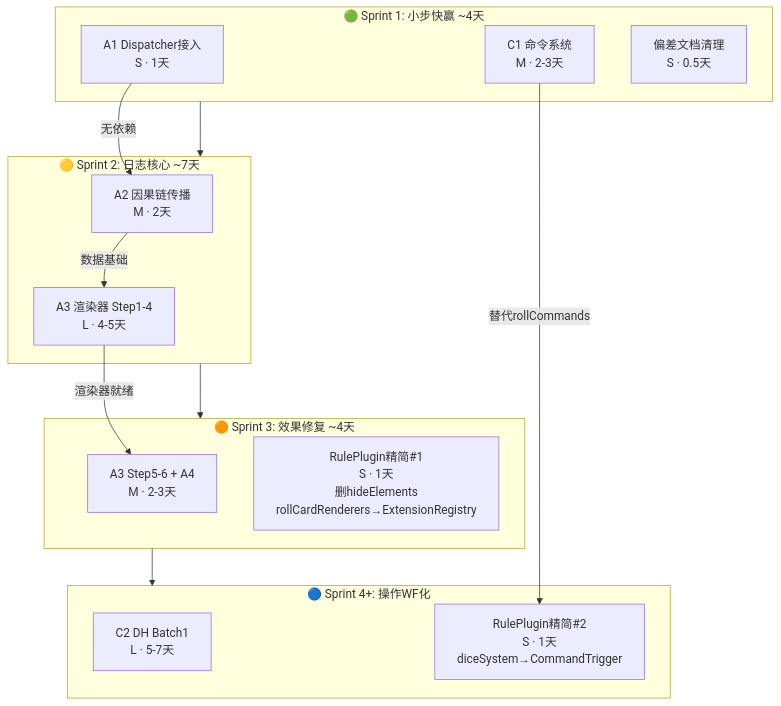
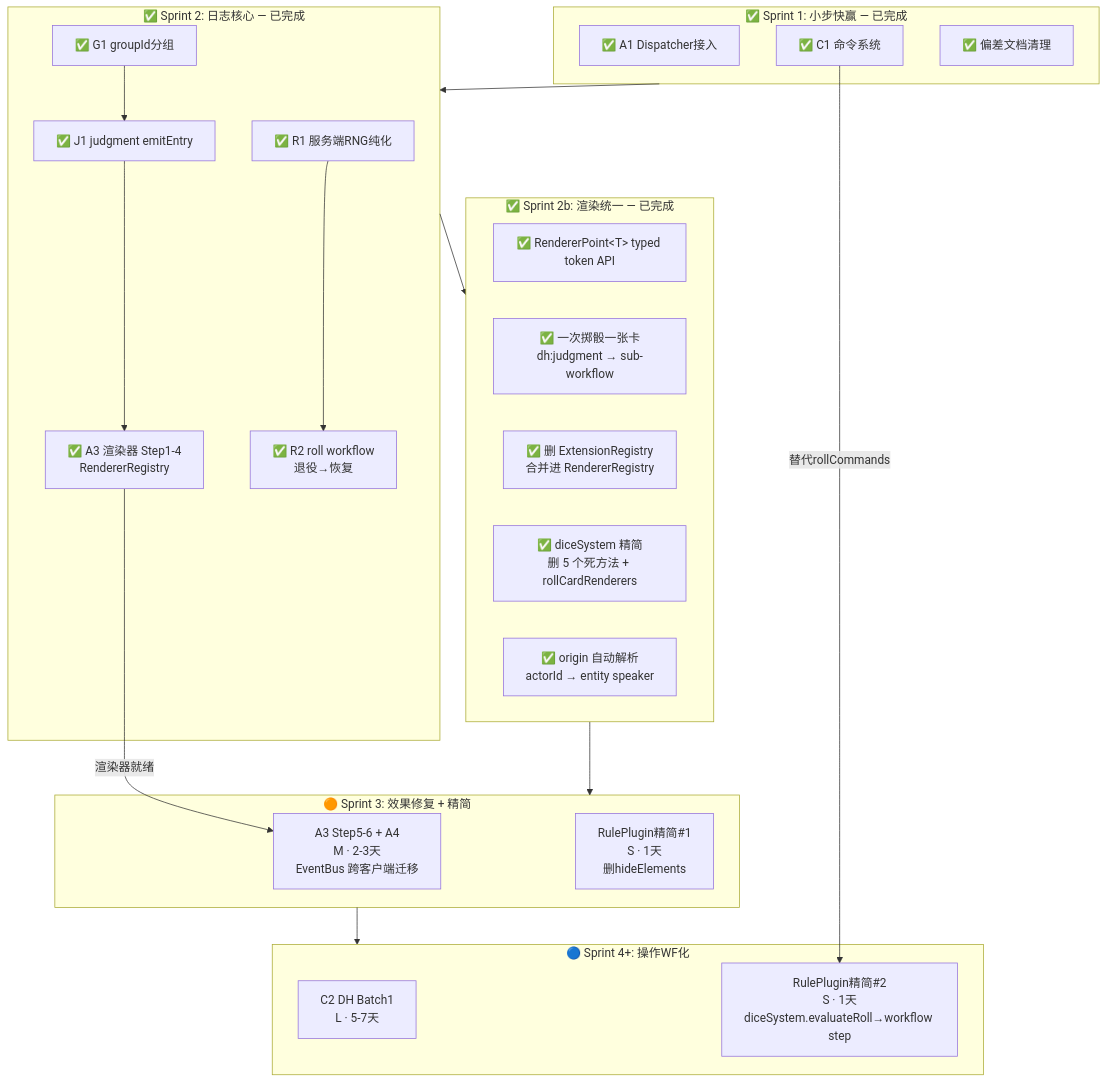
Before and after one commit to RidRisR/myVTT: diagram 15 of 18 in docs/design/17-插件系统演进路线.md, drawn with Mermaid. The commit also changed other lines of this file and 61 other files, not shown here.

First line of the commit message:
feat: Sprint 2 — RNG purification, groupId, judgment entry, RendererRegistry (#174)

````diff
--- a/docs/design/17-插件系统演进路线.md
+++ b/docs/design/17-插件系统演进路线.md
@@ -576,30 +579,42 @@
 ```mermaid
 graph TD
-    subgraph Sprint1["🟢 Sprint 1: 小步快赢 ~4天"]
-        A1s["A1 Dispatcher接入<br/>S · 1天"]
-        C1s["C1 命令系统<br/>M · 2-3天"]
-        DOCs["偏差文档清理<br/>S · 0.5天"]
+    subgraph Sprint1["✅ Sprint 1: 小步快赢 — 已完成"]
+        A1s["✅ A1 Dispatcher接入"]
+        C1s["✅ C1 命令系统"]
+        DOCs["✅ 偏差文档清理"]
     end
 
-    subgraph Sprint2["🟡 Sprint 2: 日志核心 ~7天"]
-        A2s["A2 因果链传播<br/>M · 2天"]
-        A3as["A3 渲染器 Step1-4<br/>L · 4-5天"]
+    subgraph Sprint2["✅ Sprint 2: 日志核心 — 已完成"]
+        R1s["✅ R1 服务端RNG纯化"]
+        G1s["✅ G1 groupId分组"]
+        R2s["✅ R2 roll workflow<br/>退役→恢复"]
+        J1s["✅ J1 judgment emitEntry"]
+        A3as["✅ A3 渲染器 Step1-4<br/>RendererRegistry"]
     end
 
-    subgraph Sprint3["🟠 Sprint 3: 效果修复 ~4天"]
-        A3bs["A3 Step5-6 + A4<br/>M · 2-3天"]
-        RP1s["RulePlugin精简#1<br/>S · 1天<br/>删hideElements<br/>rollCardRenderers→ExtensionRegistry"]
+    subgraph Sprint2b["✅ Sprint 2b: 渲染统一 — 已完成"]
+        RU1["✅ RendererPoint&lt;T&gt; typed token API"]
+        RU2["✅ 一次掷骰一张卡<br/>dh:judgment → sub-workflow"]
+        RU3["✅ 删 ExtensionRegistry<br/>合并进 RendererRegistry"]
+        RU4["✅ diceSystem 精简<br/>删 5 个死方法 + rollCardRenderers"]
+        RU5["✅ origin 自动解析<br/>actorId → entity speaker"]
+    end
+
+    subgraph Sprint3["🟠 Sprint 3: 效果修复 + 精简"]
+        A3bs["A3 Step5-6 + A4<br/>M · 2-3天<br/>EventBus 跨客户端迁移"]
+        RP1s["RulePlugin精简#1<br/>S · 1天<br/>删hideElements"]
     end
 
     subgraph Sprint4["🔵 Sprint 4+: 操作WF化"]
         C2s["C2 DH Batch1<br/>L · 5-7天"]
-        RP2s["RulePlugin精简#2<br/>S · 1天<br/>diceSystem→CommandTrigger"]
+        RP2s["RulePlugin精简#2<br/>S · 1天<br/>diceSystem.evaluateRoll→workflow step"]
     end
 
-    Sprint1 --> Sprint2 --> Sprint3 --> Sprint4
+    Sprint1 --> Sprint2 --> Sprint2b --> Sprint3 --> Sprint4
 
-    A1s -->|"无依赖"| A2s
-    A2s -->|"数据基础"| A3as
+    R1s --> R2s
+    G1s --> J1s
+    J1s --> A3as
     A3as -->|"渲染器就绪"| A3bs
     C1s -->|"替代rollCommands"| RP2s
 ```
````
